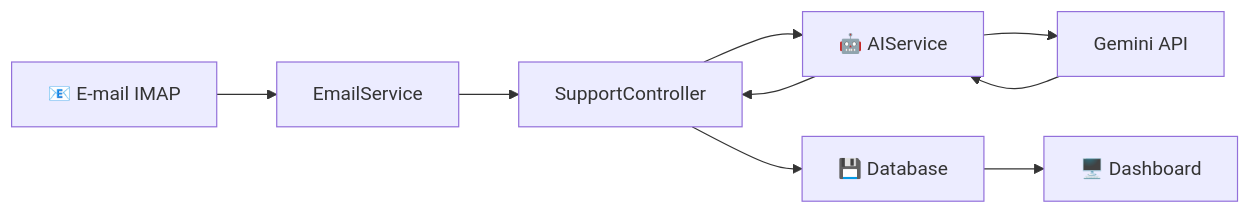
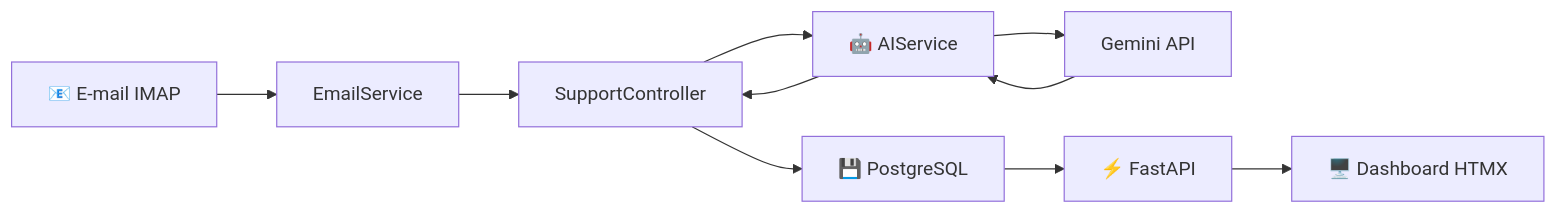
One commit to wesley-santos-python/supportflow-ai changed the diagram in README.md. Above: the diagram before and after it, drawn with Mermaid. The commit also changed other lines of this file and 33 other files, not shown here.

First line of the commit message:
feat: migra UI para FastAPI + HTMX + Tailwind e moderniza arquitetura

````diff
--- a/README.md
+++ b/README.md
@@ -171,11 +182,12 @@
 ```mermaid
 flowchart LR
     A[📧 E-mail IMAP] --> B[EmailService]
     B --> C[SupportController]
     C --> D[🤖 AIService]
     D --> E[Gemini API]
     E --> D
     D --> C
-    C --> F[💾 Database]
-    F --> G[🖥️ Dashboard]
+    C --> F[💾 PostgreSQL]
+    F --> G[⚡ FastAPI]
+    G --> H[🖥️ Dashboard HTMX]
 ```
````
